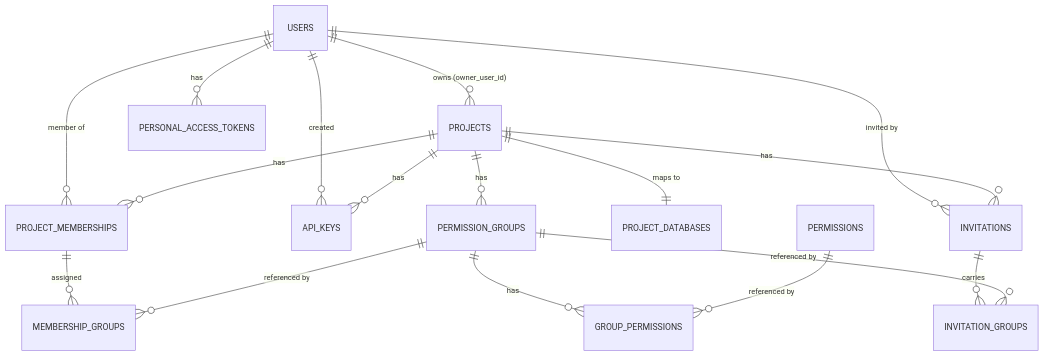
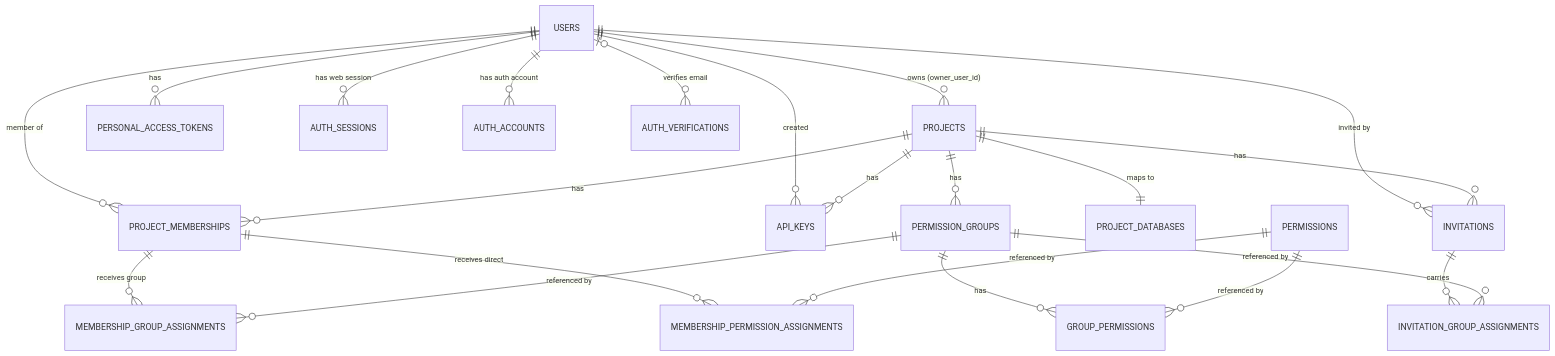
One commit to ngodingin/kanban changed the second of 3 diagrams in docs/03-ENGINEERING.md. Above: the diagram before and after it, drawn with Mermaid. The commit also changed other lines of this file and 38 other files, not shown here.

````diff
--- a/docs/03-ENGINEERING.md
+++ b/docs/03-ENGINEERING.md
@@ -412,21 +492,26 @@
 ```mermaid
 erDiagram
     USERS ||--o{ PROJECTS : "owns (owner_user_id)"
     USERS ||--o{ PROJECT_MEMBERSHIPS : "member of"
     USERS ||--o{ PERSONAL_ACCESS_TOKENS : "has"
     USERS ||--o{ API_KEYS : "created"
     USERS ||--o{ INVITATIONS : "invited by"
+    USERS ||--o{ AUTH_SESSIONS : "has web session"
+    USERS ||--o{ AUTH_ACCOUNTS : "has auth account"
+    USERS |o--o{ AUTH_VERIFICATIONS : "verifies email"
 
     PROJECTS ||--|| PROJECT_DATABASES : "maps to"
     PROJECTS ||--o{ PROJECT_MEMBERSHIPS : "has"
     PROJECTS ||--o{ PERMISSION_GROUPS : "has"
     PROJECTS ||--o{ INVITATIONS : "has"
     PROJECTS ||--o{ API_KEYS : "has"
 
-    PROJECT_MEMBERSHIPS ||--o{ MEMBERSHIP_GROUPS : "assigned"
-    PERMISSION_GROUPS   ||--o{ MEMBERSHIP_GROUPS : "referenced by"
+    PROJECT_MEMBERSHIPS ||--o{ MEMBERSHIP_GROUP_ASSIGNMENTS : "receives group"
+    PERMISSION_GROUPS   ||--o{ MEMBERSHIP_GROUP_ASSIGNMENTS : "referenced by"
+    PROJECT_MEMBERSHIPS ||--o{ MEMBERSHIP_PERMISSION_ASSIGNMENTS : "receives direct"
+    PERMISSIONS         ||--o{ MEMBERSHIP_PERMISSION_ASSIGNMENTS : "referenced by"
     PERMISSION_GROUPS   ||--o{ GROUP_PERMISSIONS : "has"
     PERMISSIONS         ||--o{ GROUP_PERMISSIONS : "referenced by"
-    INVITATIONS         ||--o{ INVITATION_GROUPS : "carries"
-    PERMISSION_GROUPS   ||--o{ INVITATION_GROUPS : "referenced by"
+    INVITATIONS         ||--o{ INVITATION_GROUP_ASSIGNMENTS : "carries"
+    PERMISSION_GROUPS   ||--o{ INVITATION_GROUP_ASSIGNMENTS : "referenced by"
 ```
````
